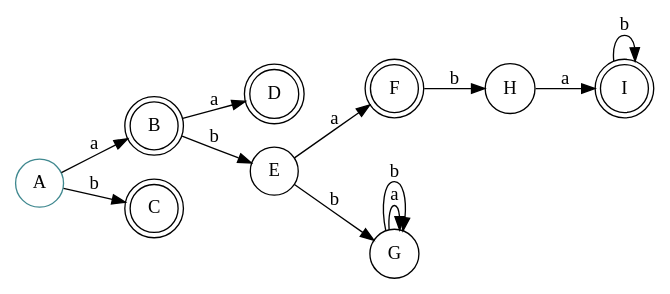
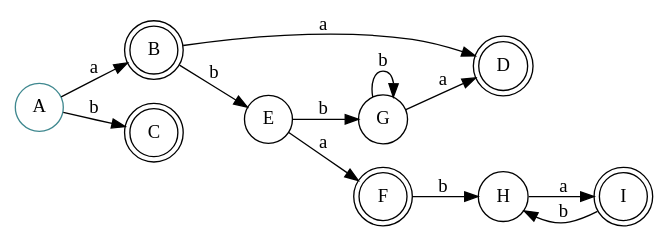
The diagram in Entrega final/NFD_Actual.gv (josepablito16/Regex-Engine), drawn with Graphviz before and after one commit. The commit also changed 8 other files, not shown here.

```diff
--- a/Entrega final/NFD_Actual.gv
+++ b/Entrega final/NFD_Actual.gv
@@ -1,22 +1,22 @@
 digraph finite_state_machine {
 	rankdir=LR size="8,5"
 	node [shape=doublecircle]
 	B
 	C
 	D
 	F
 	I
 	node [shape=circle]
 	A [color="#3F888F"]
 	A -> B [label=a]
 	A -> C [label=b]
 	B -> D [label=a]
 	B -> E [label=b]
 	E -> F [label=a]
 	E -> G [label=b]
 	F -> H [label=b]
-	G -> G [label=a]
+	G -> D [label=a]
 	G -> G [label=b]
 	H -> I [label=a]
-	I -> I [label=b]
+	I -> H [label=b]
 }
```
